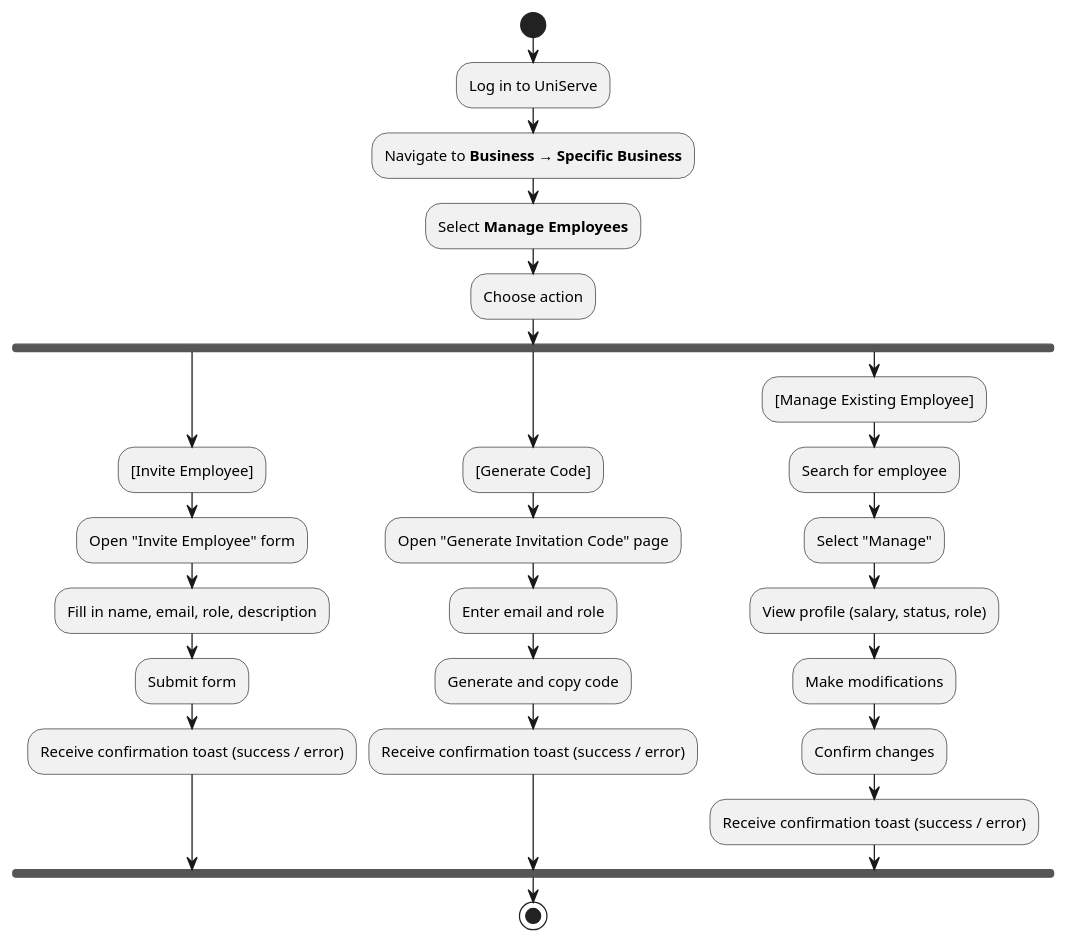
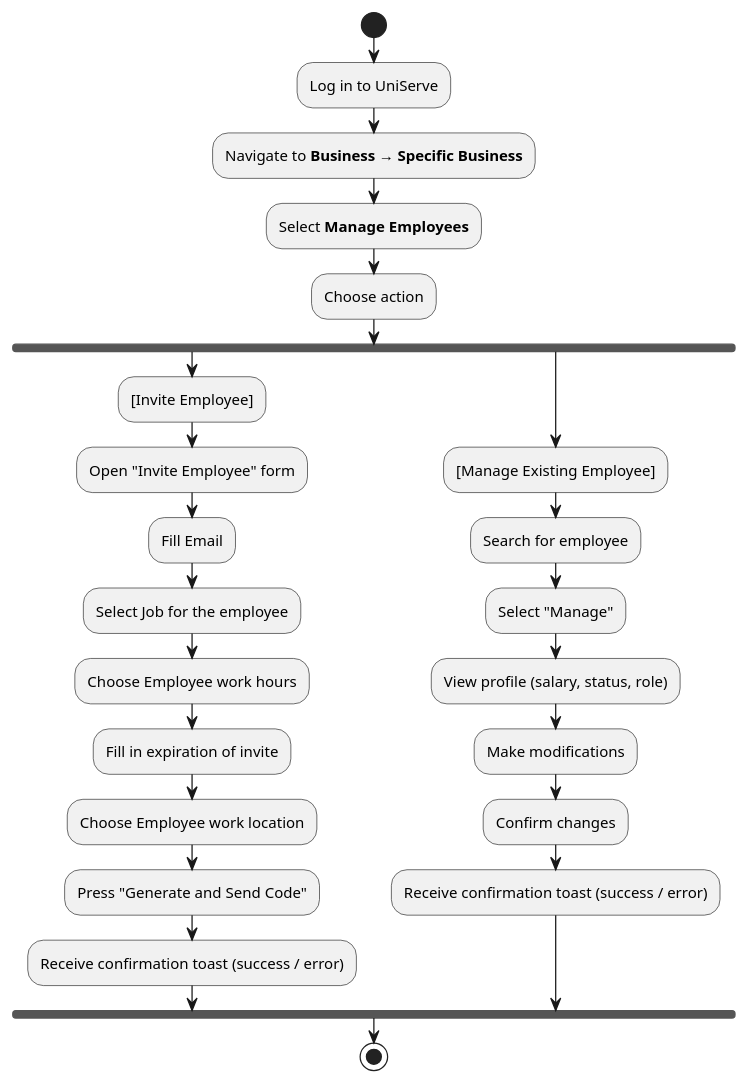
One commit to user5427/ps-design changed the diagram in docs/ps-design/design-document/diagrams/business/bpmn_user_manage.puml. Above: the diagram before and after it, drawn with PlantUML. The commit also changed 83 other files, not shown here.

```diff
--- a/docs/ps-design/design-document/diagrams/business/bpmn_user_manage.puml
+++ b/docs/ps-design/design-document/diagrams/business/bpmn_user_manage.puml
@@ -1,31 +1,29 @@
 @startuml
 |Owner|
 start
 :Log in to UniServe;
 :Navigate to **Business → Specific Business**;
 :Select **Manage Employees**;
 :Choose action;
 fork
   -[Invite Employee]
   :Open "Invite Employee" form;
-  :Fill in name, email, role, description;
-  :Submit form;
-  :Receive confirmation toast (success / error);
-fork again
-  -[Generate Code]
-  :Open "Generate Invitation Code" page;
-  :Enter email and role;
-  :Generate and copy code;
+  :Fill Email;
+  :Select Job for the employee;
+  :Choose Employee work hours;
+  :Fill in expiration of invite;
+  :Choose Employee work location;
+  :Press "Generate and Send Code";
   :Receive confirmation toast (success / error);
 fork again
   -[Manage Existing Employee]
   :Search for employee;
   :Select "Manage";
   :View profile (salary, status, role);
   :Make modifications;
   :Confirm changes;
   :Receive confirmation toast (success / error);
 end fork
 
 stop
 @enduml
```
